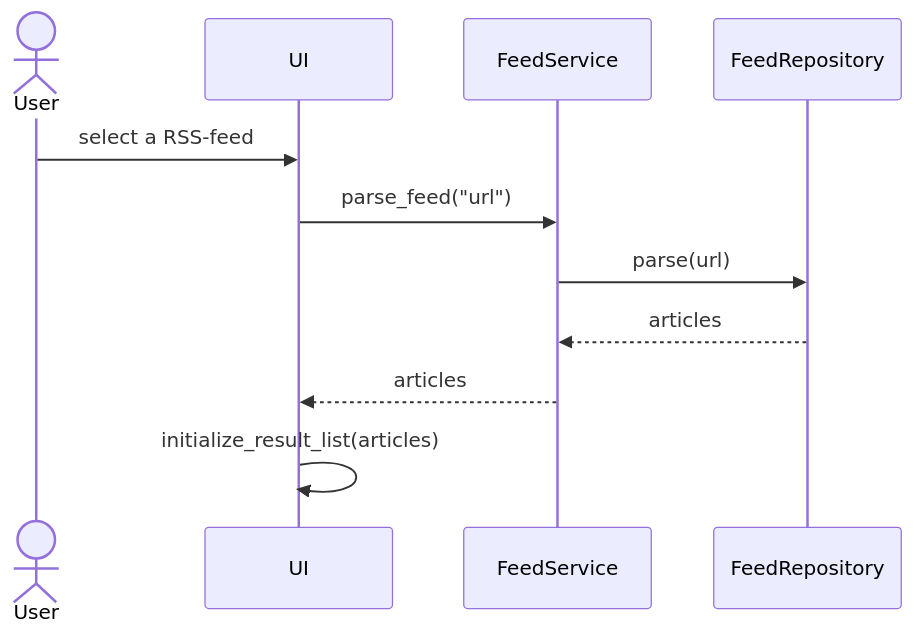
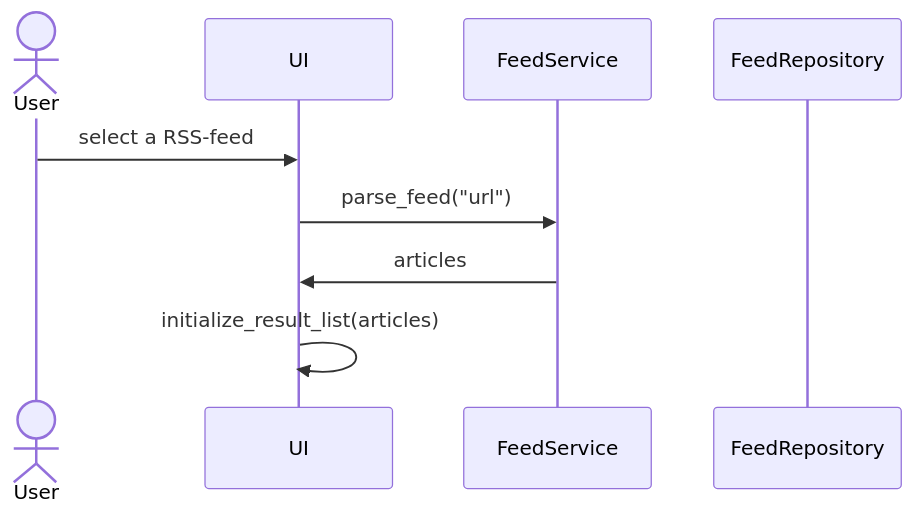
One commit to jipeso/ohjelmistotekniikka changed the second of 2 diagrams in dokumentaatio/arkkitehtuuri.md. Above: the diagram before and after it, drawn with Mermaid. The commit also changed other lines of this file and 2 other files, not shown here.

````diff
--- a/dokumentaatio/arkkitehtuuri.md
+++ b/dokumentaatio/arkkitehtuuri.md
@@ -83,13 +64,11 @@
 ```mermaid
 sequenceDiagram
   actor User
   participant UI
   participant FeedService
   participant FeedRepository
   User->>UI: select a RSS-feed
   UI->>FeedService: parse_feed("url")
-  FeedService->>FeedRepository: parse(url)
-  FeedRepository-->>FeedService: articles
-  FeedService-->>UI: articles
+  FeedService->>UI: articles
   UI->>UI: initialize_result_list(articles)
 ```
````
